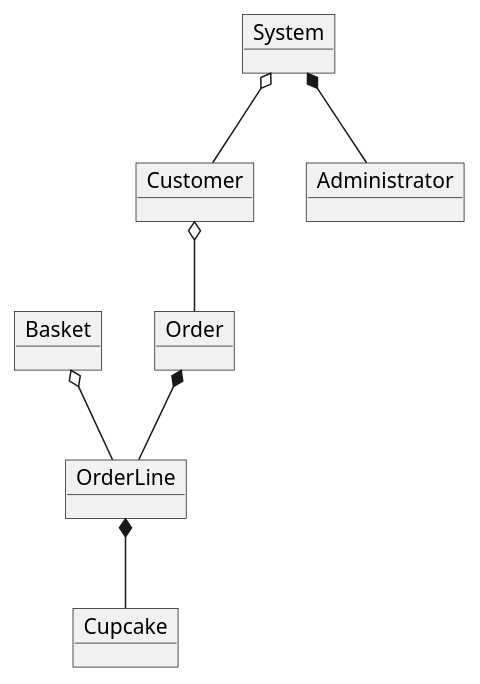
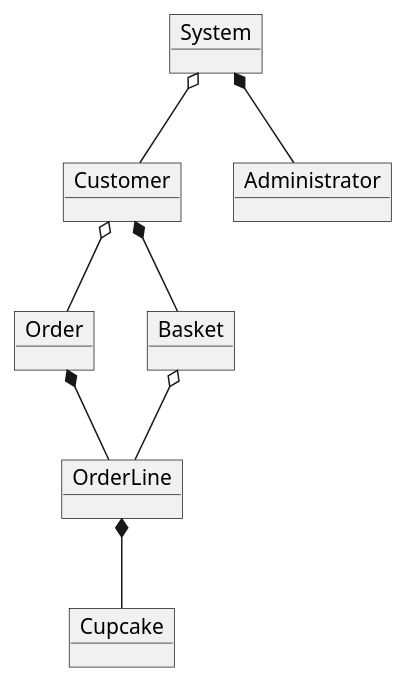
Before and after one commit to Liya-ap/Cupcake_2024: the diagram in doc/domain_diagram.puml, drawn with PlantUML. The commit also changed 12 other files, not shown here.

```diff
--- a/doc/domain_diagram.puml
+++ b/doc/domain_diagram.puml
@@ -1,16 +1,17 @@
 @startuml
 object Customer
 object Administrator
 object Cupcake
 object Order
 object OrderLine
 object Basket
 object System
 
 Customer o-- Order
+Customer *-- Basket
 Order *-- OrderLine
 OrderLine *-- Cupcake
 Basket o-- OrderLine
 System *-- Administrator
 System o-- Customer
 @enduml
```
